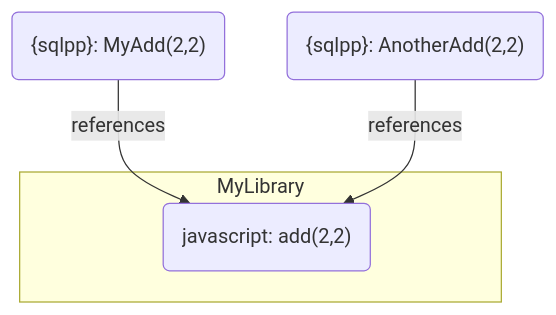
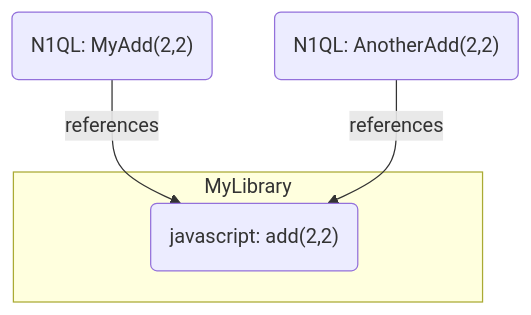
One commit to couchbase/docs-server changed the first of 3 diagrams in modules/guides/partials/javascript-udfs/diagrams.adoc. Above: the diagram before and after it, drawn with Mermaid. The commit also changed other lines of this file and 13 other files, not shown here.

```diff
--- a/modules/guides/partials/javascript-udfs/diagrams.adoc
+++ b/modules/guides/partials/javascript-udfs/diagrams.adoc
@@ -2,12 +2,12 @@
 [mermaid, subs="attributes"]
 ----
 flowchart
-    slqpp1("{sqlpp}: MyAdd(2,2)")   
-    slqpp2("{sqlpp}: AnotherAdd(2,2)") 
+    slqpp1("N1QL: MyAdd(2,2)")   
+    slqpp2("N1QL: AnotherAdd(2,2)") 
     subgraph MyLibrary
       jfunction("javascript: add(2,2)")
     end
     
     slqpp1 --references--> jfunction
     slqpp2 --references--> jfunction
 ----
```
